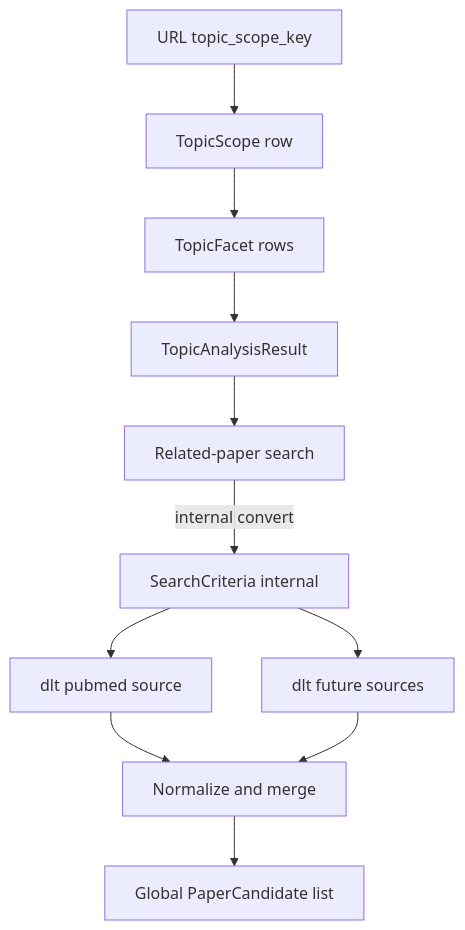
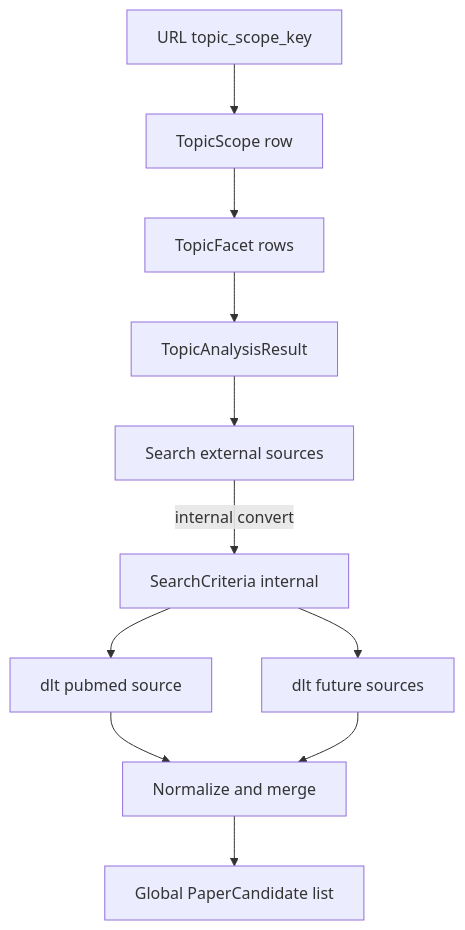
One commit to GustavoRusso/paper-reviewer changed the diagram in docs/specs/2.1-search-external-sources.md. Above: the diagram before and after it, drawn with Mermaid. The commit also changed other lines of this file and 41 other files, not shown here.

Commit message:
renames the workflow step 2.1: Related-paper search to "Search external sources" and the glossary term "Paper sources" to "External sources"

````diff
--- a/docs/specs/2.1-search-external-sources.md
+++ b/docs/specs/2.1-search-external-sources.md
@@ -167,24 +167,24 @@
 ```mermaid
 flowchart TB
   urlKey[URL topic_scope_key]
   scopeRow[TopicScope row]
   facetRows[TopicFacet rows]
   analysis[TopicAnalysisResult]
-  workflow[Related-paper search]
+  workflow[Search external sources]
   criteria[SearchCriteria internal]
   pubmed[dlt pubmed source]
   other[dlt future sources]
   merge[Normalize and merge]
   out[Global PaperCandidate list]
 
   urlKey --> scopeRow
   scopeRow --> facetRows
   facetRows --> analysis
   analysis --> workflow
   workflow -->|"internal convert"| criteria
   criteria --> pubmed
   criteria --> other
   pubmed --> merge
   other --> merge
   merge --> out
 ```
````
